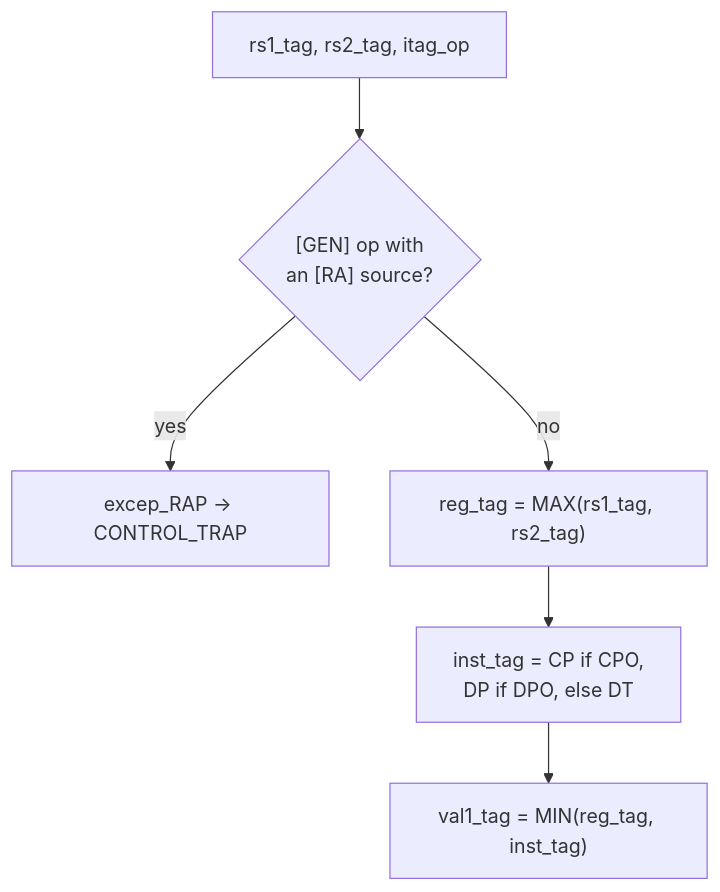
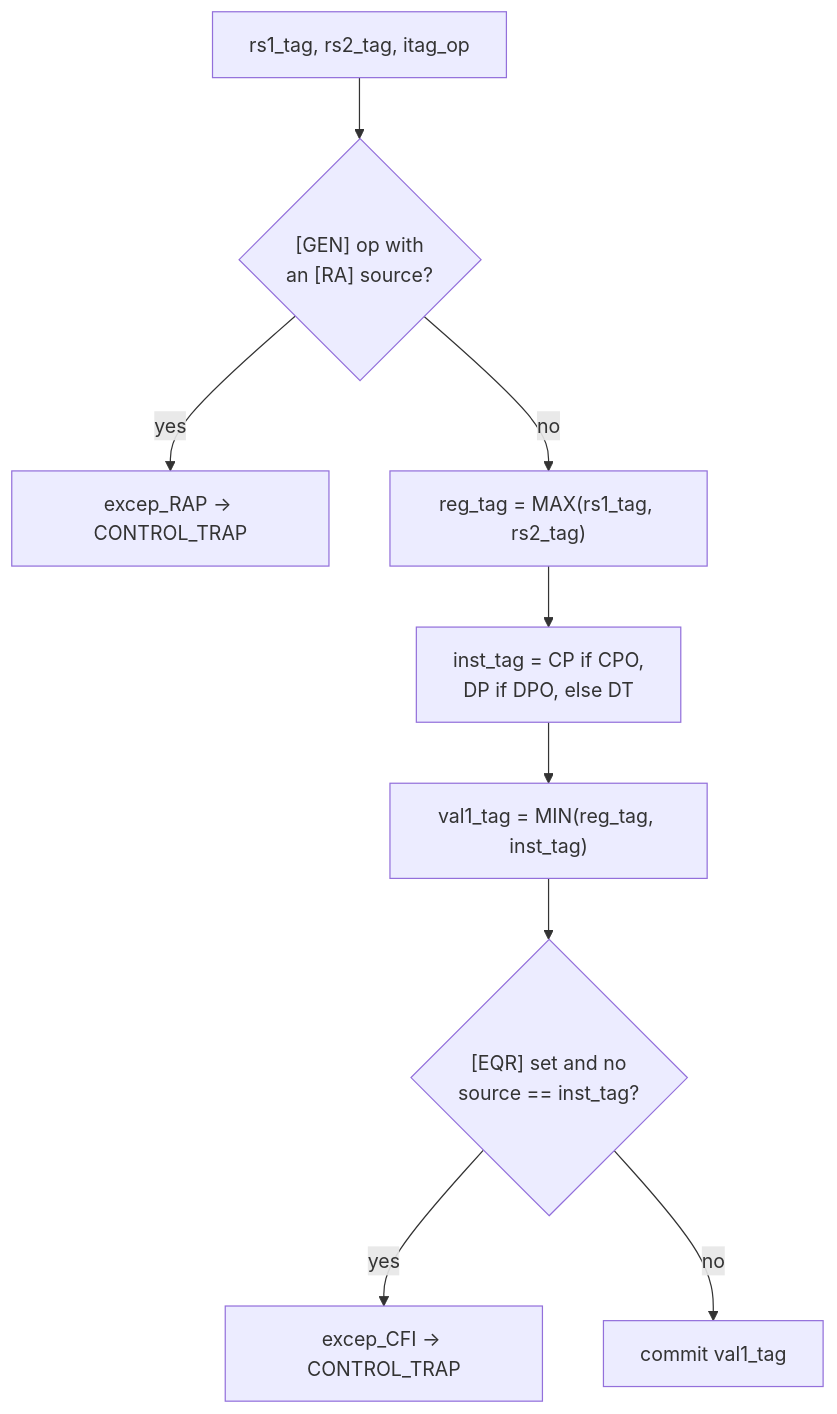
One commit to rgollap1/STAR-Flute changed the third of 4 diagrams in Doc/STAR/06-pipeline-integration.md. Above: the diagram before and after it, drawn with Mermaid. The commit also changed other lines of this file and 7 other files, not shown here.

First line of the commit message:
src_Core: enforce [EQR] Equal Rank Matching as the tag[3] arithmetic modifier

````diff
--- a/Doc/STAR/06-pipeline-integration.md
+++ b/Doc/STAR/06-pipeline-integration.md
@@ -108,8 +119,11 @@
 ```mermaid
 flowchart TD
   A["rs1_tag, rs2_tag, itag_op"] --> G{"[GEN] op with<br/>an [RA] source?"}
   G -->|yes| TRAP["excep_RAP → CONTROL_TRAP"]
   G -->|no| M["reg_tag = MAX(rs1_tag, rs2_tag)"]
   M --> I["inst_tag = CP if CPO,<br/>DP if DPO, else DT"]
   I --> R["val1_tag = MIN(reg_tag, inst_tag)"]
+  R --> E{"[EQR] set and no<br/>source == inst_tag?"}
+  E -->|yes| ETRAP["excep_CFI → CONTROL_TRAP"]
+  E -->|no| OK["commit val1_tag"]
 ```
````
